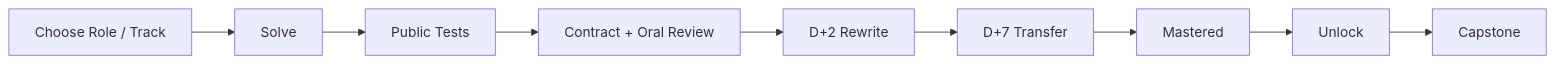
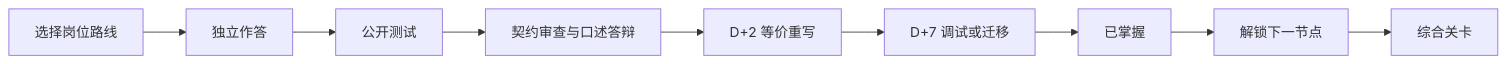
One commit to ComistryMo/llm_interview_lab changed the diagram in README.md. Above: the diagram before and after it, drawn with Mermaid. The commit also changed other lines of this file and 30 other files, not shown here.

````diff
--- a/README.md
+++ b/README.md
@@ -171,11 +166,11 @@
 ```mermaid
 flowchart LR
-    A[Choose Role / Track] --> B[Solve]
-    B --> C[Public Tests]
-    C --> D[Contract + Oral Review]
-    D --> E[D+2 Rewrite]
-    E --> F[D+7 Transfer]
-    F --> G[Mastered]
-    G --> H[Unlock]
-    H --> I[Capstone]
+    A[选择岗位路线] --> B[独立作答]
+    B --> C[公开测试]
+    C --> D[契约审查与口述答辩]
+    D --> E[D+2 等价重写]
+    E --> F[D+7 调试或迁移]
+    F --> G[已掌握]
+    G --> H[解锁下一节点]
+    H --> I[综合关卡]
 ```
````
